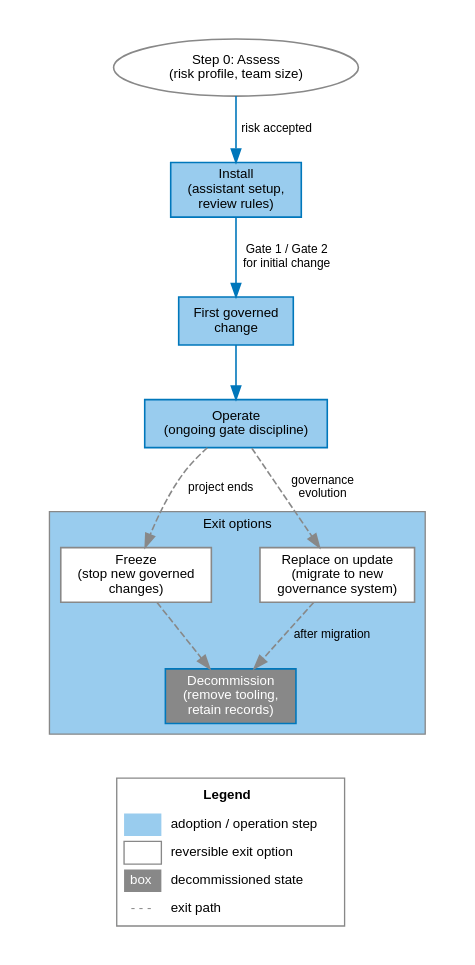
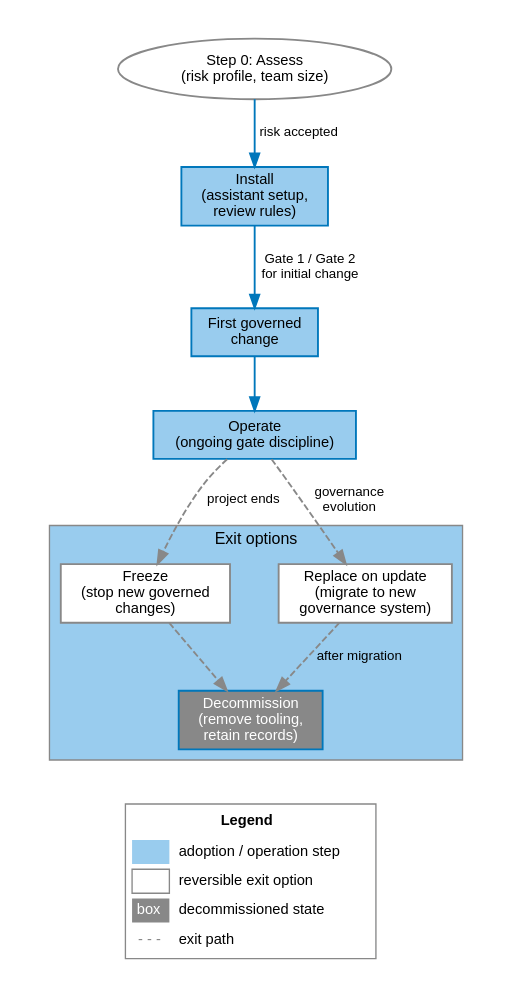
One commit to janipaijanen/agf-mirror changed the diagram in agf/docs/figures/src/adoption-exit-flow.dot. Above: the diagram before and after it, drawn with Graphviz. The commit also changed 32 other files, not shown here.

Commit message:
docs: normalize figure readability standards

```diff
--- a/agf/docs/figures/src/adoption-exit-flow.dot
+++ b/agf/docs/figures/src/adoption-exit-flow.dot
@@ -1,53 +1,53 @@
 // SPDX-License-Identifier: CC-BY-SA-4.0
 // agents-govern: adoption impact and exit/decommission flow
 // Generate: dot -Tsvg adoption-exit-flow.dot -o ../adoption-exit-flow.svg
 digraph adoption_exit {
     graph [rankdir=TB, splines=spline, pad=0.3, nodesep=0.5, ranksep=0.55,
-           fontname="Helvetica", fontsize=11]
-    node  [fontname="Helvetica", fontsize=10, style=filled, shape=box,
-           fillcolor="#99CCEE", color="#0077BB", penwidth=1.2]
-    edge  [fontname="Helvetica", fontsize=9, color="#0077BB", penwidth=1.2]
+           bgcolor=white, fontname="Helvetica", fontsize=12]
+    node  [fontname="Helvetica", fontsize=11, style=filled, shape=box,
+           fillcolor="#99CCEE", color="#0077BB", penwidth=1.4]
+    edge  [fontname="Helvetica", fontsize=10, color="#0077BB", penwidth=1.4]
 
     assess   [label="Step 0: Assess\n(risk profile, team size)", shape=ellipse,
               fillcolor=white, color="#888888"]
     install  [label="Install\n(assistant setup,\nreview rules)"]
     first    [label="First governed\nchange"]
     operate  [label="Operate\n(ongoing gate discipline)"]
 
     subgraph cluster_exit {
         label="Exit options"
         style=filled
         fillcolor="#99CCEE"
         color="#888888"
         fontname="Helvetica"
-        fontsize=10
+        fontsize=12
 
         freeze   [label="Freeze\n(stop new governed\nchanges)", fillcolor=white,
                   color="#888888"]
         replace  [label="Replace on update\n(migrate to new\ngovernance system)",
                   fillcolor=white, color="#888888"]
         decomm   [label="Decommission\n(remove tooling,\nretain records)",
                   fillcolor="#888888", fontcolor=white]
     }
 
     assess   -> install  [label="risk accepted"]
     install  -> first    [label="Gate 1 / Gate 2\nfor initial change"]
     first    -> operate
     operate  -> freeze   [label="project ends", style=dashed, color="#888888"]
     operate  -> replace  [label="governance\nevolution", style=dashed,
                           color="#888888"]
     freeze   -> decomm   [style=dashed, color="#888888"]
     replace  -> decomm   [style=dashed, color="#888888",
                           label="after migration"]
 
     legend [shape=plain, label=<
         <TABLE BORDER="1" CELLBORDER="0" CELLSPACING="4" CELLPADDING="3" COLOR="#888888" BGCOLOR="white">
             <TR><TD COLSPAN="2"><B>Legend</B></TD></TR>
             <TR><TD BGCOLOR="#99CCEE" WIDTH="28"></TD><TD ALIGN="LEFT">adoption / operation step</TD></TR>
             <TR><TD BORDER="1" COLOR="#888888" WIDTH="28"></TD><TD ALIGN="LEFT">reversible exit option</TD></TR>
             <TR><TD BGCOLOR="#888888" WIDTH="28"><FONT COLOR="white">box</FONT></TD><TD ALIGN="LEFT">decommissioned state</TD></TR>
             <TR><TD><FONT COLOR="#888888">- - -</FONT></TD><TD ALIGN="LEFT">exit path</TD></TR>
         </TABLE>
     >]
     decomm -> legend [style=invis]
 }
```
